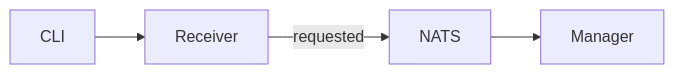
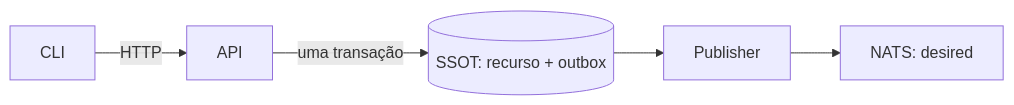
Before and after one commit to danielsabatini/smarkee: the third of 16 diagrams in docs/loop/RESOURCE-CONTROL-LOOP.md, drawn with Mermaid. The commit also changed other lines of this file, not shown here.

````diff
--- a/docs/loop/RESOURCE-CONTROL-LOOP.md
+++ b/docs/loop/RESOURCE-CONTROL-LOOP.md
@@ -347,6 +331,7 @@
 ```mermaid
 flowchart LR
-    CLI[CLI] --> Receiver[Receiver]
-    Receiver -->|requested| NATS[NATS]
-    NATS --> Manager[Manager]
+    CLI[CLI] -->|HTTP| API[API]
+    API -->|uma transação| SSOT[(SSOT: recurso + outbox)]
+    SSOT --> Publisher[Publisher]
+    Publisher --> NATS[NATS: desired]
 ```
````
